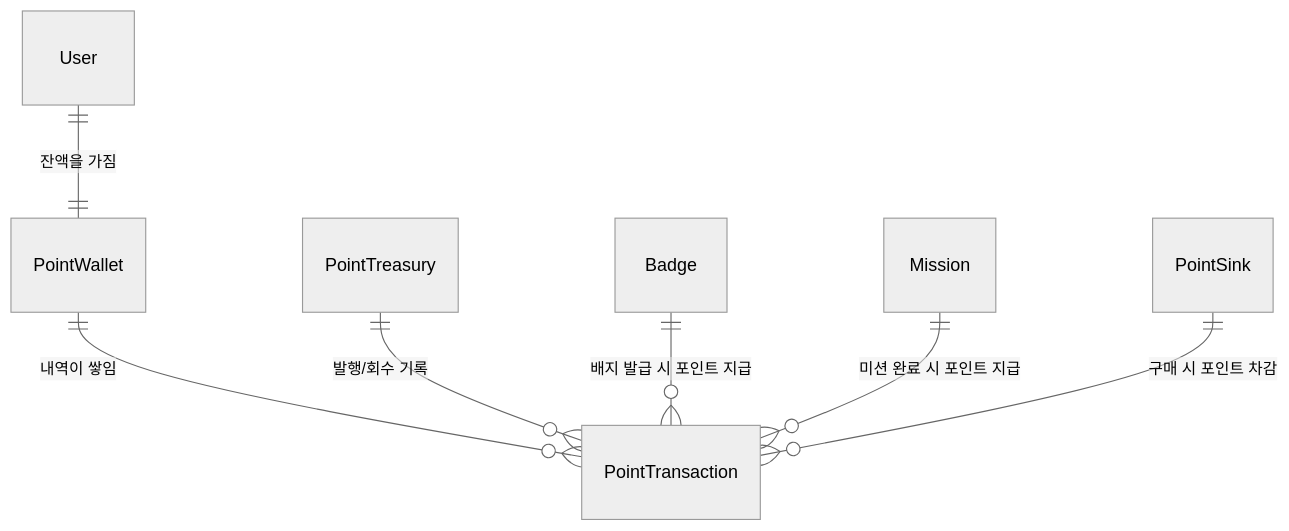
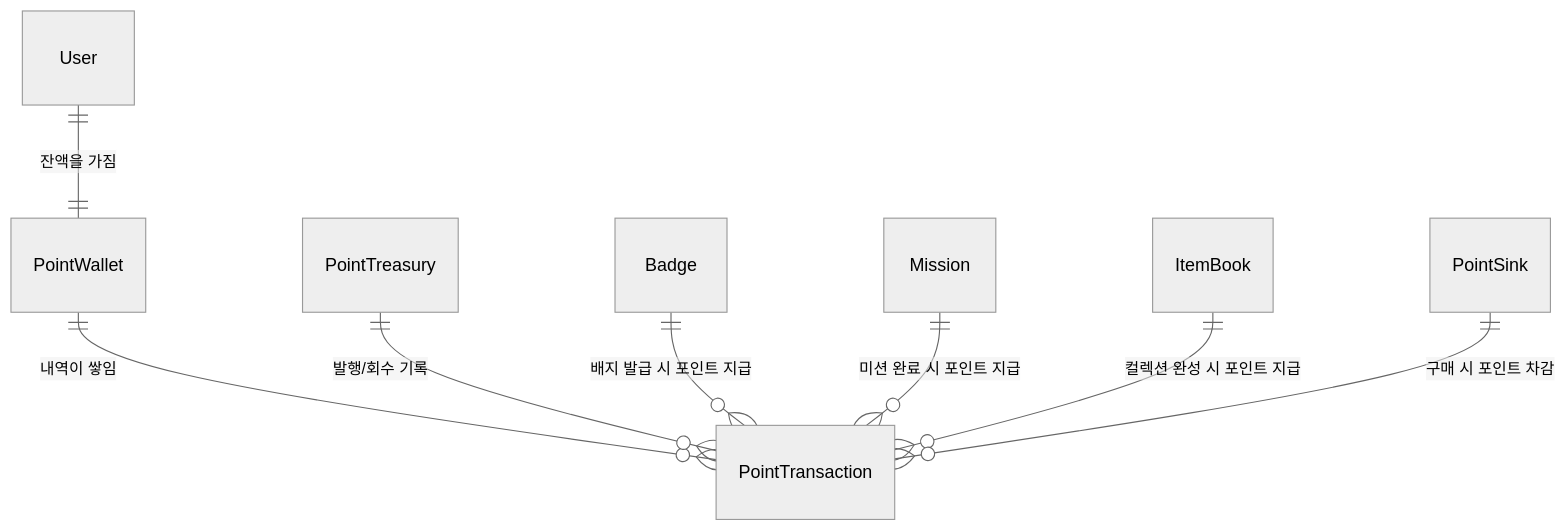
The first of 3 diagrams in Service Plan/Specs/PRD/PointSystem/OBJECT_MODEL.md (standardmanual/jam), drawn with Mermaid (neutral theme) before and after one commit. The commit also changed other lines of this file and 1 other file, not shown here.

Commit message:
문서: 포인트 지급 트리거에 컬렉션 완성 추가 + RPC 오버로드 가드레일 패턴 14 (티켓 20260911_1259)

````diff
--- a/Service Plan/Specs/PRD/PointSystem/OBJECT_MODEL.md
+++ b/Service Plan/Specs/PRD/PointSystem/OBJECT_MODEL.md
@@ -109,9 +112,10 @@
 ```mermaid
 erDiagram
     User ||--|| PointWallet : "잔액을 가짐"
     PointWallet ||--o{ PointTransaction : "내역이 쌓임"
     PointTreasury ||--o{ PointTransaction : "발행/회수 기록"
     Badge ||--o{ PointTransaction : "배지 발급 시 포인트 지급"
     Mission ||--o{ PointTransaction : "미션 완료 시 포인트 지급"
+    ItemBook ||--o{ PointTransaction : "컬렉션 완성 시 포인트 지급"
     PointSink ||--o{ PointTransaction : "구매 시 포인트 차감"
 ```
````
